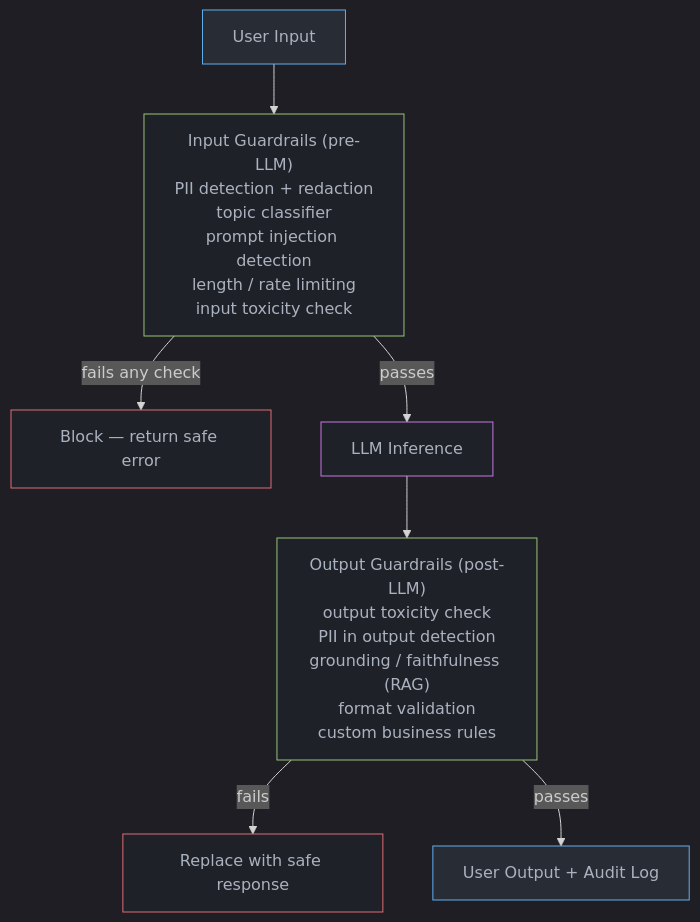
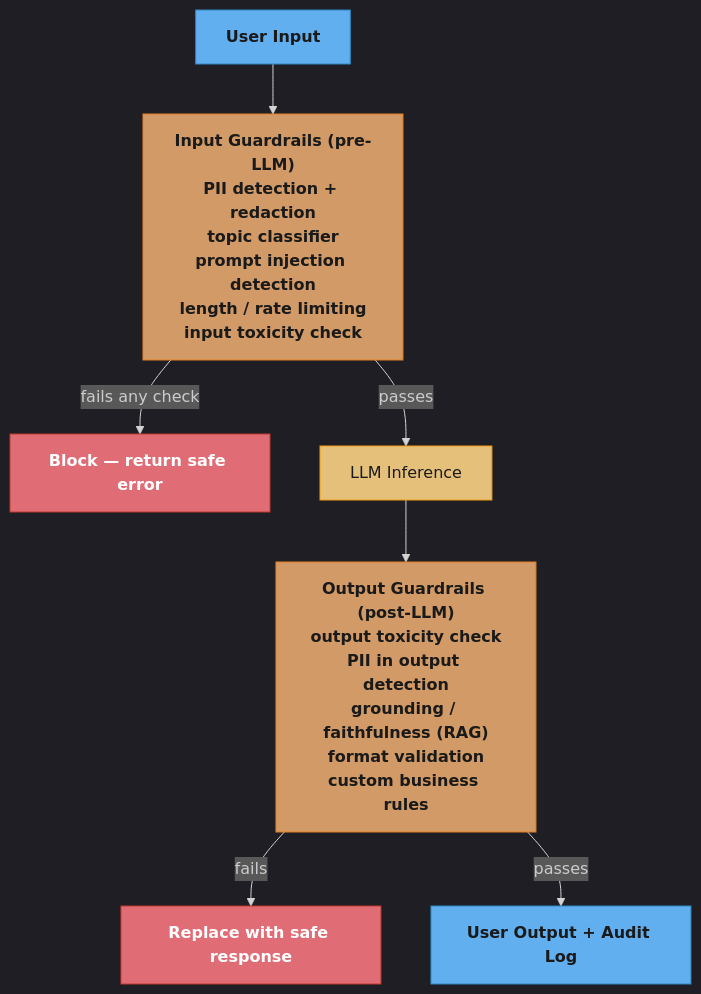
Before and after one commit to rppol/system-design: the first of 2 diagrams in src/main/java/com/rutik/systemdesign/llm/guardrails_and_content_safety/README.md, drawn with Mermaid. The commit also changed other lines of this file and 88 other files, not shown here.

````diff
--- a/src/main/java/com/rutik/systemdesign/llm/guardrails_and_content_safety/README.md
+++ b/src/main/java/com/rutik/systemdesign/llm/guardrails_and_content_safety/README.md
@@ -251,28 +251,30 @@
 ```mermaid
 %%{init: {'flowchart': {'curve': 'basis'}, 'theme': 'dark'}}%%
 flowchart TD
-    classDef io   fill:#282c34,stroke:#61afef,color:#abb2bf
-    classDef proc fill:#1e2127,stroke:#98c379,color:#abb2bf
-    classDef llm  fill:#1e2127,stroke:#c678dd,color:#abb2bf
-    classDef warn fill:#1e2127,stroke:#e06c75,color:#abb2bf
+    classDef io      fill:#61afef,stroke:#2e86c1,color:#1a1a1a,font-weight:bold
+    classDef frozen  fill:#c678dd,stroke:#9b59b6,color:#fff
+    classDef train   fill:#98c379,stroke:#27ae60,color:#1a1a1a
+    classDef mathOp  fill:#d19a66,stroke:#e67e22,color:#1a1a1a,font-weight:bold
+    classDef lossN   fill:#e06c75,stroke:#c0392b,color:#fff,font-weight:bold
+    classDef req     fill:#56b6c2,stroke:#0097a7,color:#1a1a1a
+    classDef base    fill:#e5c07b,stroke:#f39c12,color:#1a1a1a
 
     IN["User Input"]
     IG["Input Guardrails (pre-LLM)\nPII detection + redaction\ntopic classifier\nprompt injection detection\nlength / rate limiting\ninput toxicity check"]
     BLK["Block — return safe error"]
     LLM["LLM Inference"]
     OG["Output Guardrails (post-LLM)\noutput toxicity check\nPII in output detection\ngrounding / faithfulness (RAG)\nformat validation\ncustom business rules"]
     SAFE["Replace with safe response"]
     OUT["User Output + Audit Log"]
 
     IN --> IG
     IG -->|"fails any check"| BLK
     IG -->|"passes"| LLM --> OG
     OG -->|"fails"| SAFE
     OG -->|"passes"| OUT
 
-    class IN io
-    class IG,OG proc
-    class LLM llm
-    class BLK,SAFE warn
-    class OUT io
+    class IN,OUT io
+    class IG,OG mathOp
+    class LLM base
+    class BLK,SAFE lossN
 ```
````
